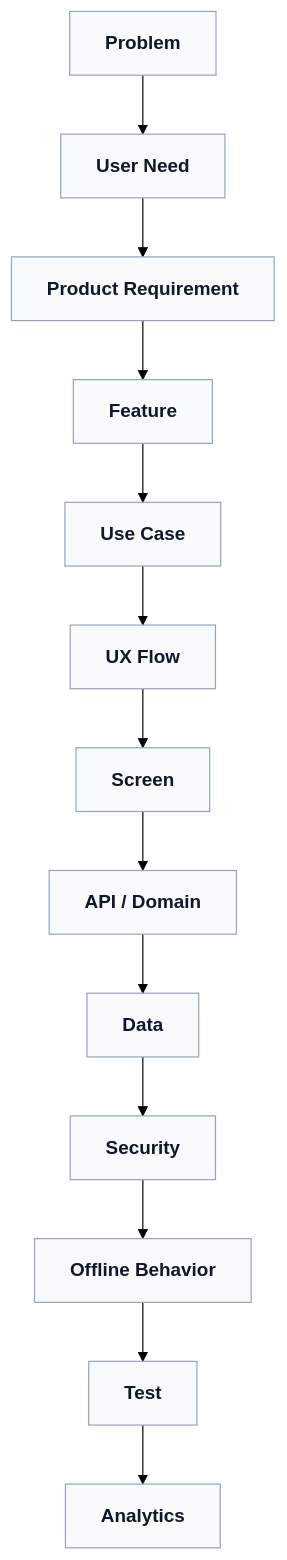
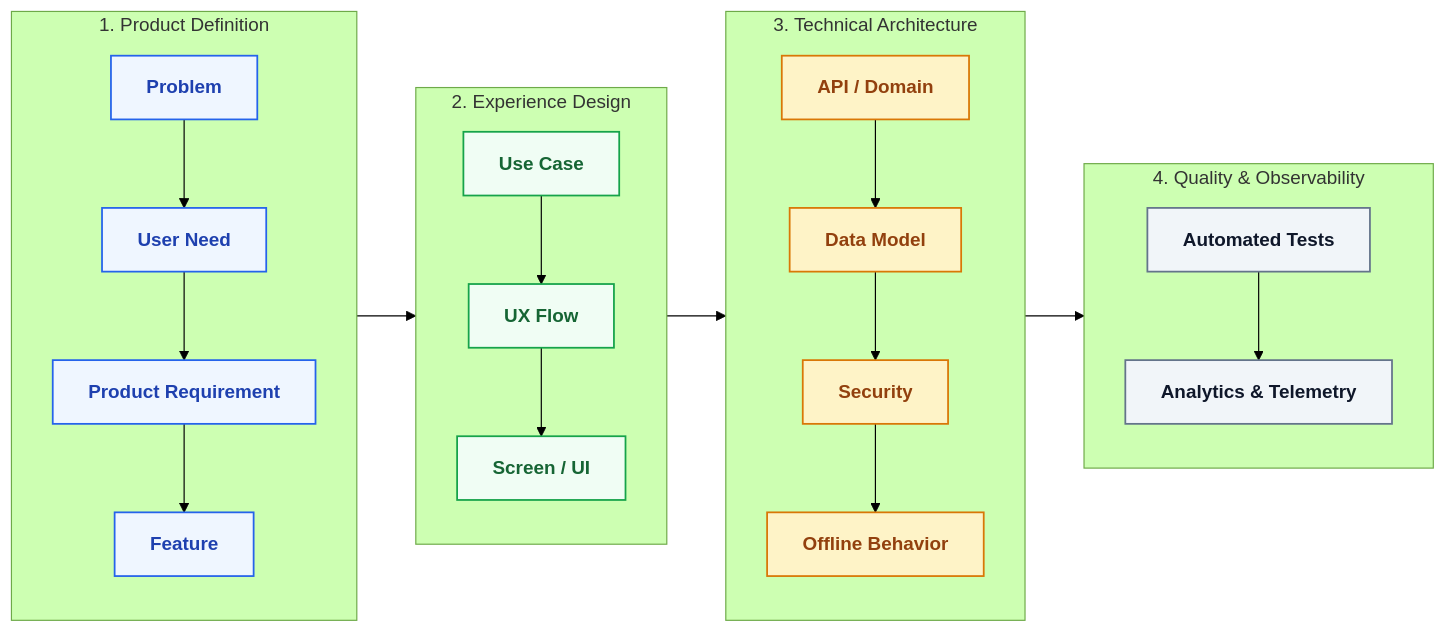
The fourth of 5 diagrams in docs/product/03-Product-Requirements.md (davidalbertstark-lab/Lenar), drawn with Mermaid (forest theme) before and after one commit. The commit also changed other lines of this file and 28 other files, not shown here.

Commit message:
docs: system-wide diagram redesign for first-instance comprehension

````diff
--- a/docs/product/03-Product-Requirements.md
+++ b/docs/product/03-Product-Requirements.md
@@ -196,33 +228,44 @@
 ```mermaid
-flowchart TD
-    classDef step fill:#f8fafc,stroke:#94a3b8,stroke-width:1px,color:#0f172a,font-weight:bold
+flowchart LR
+    classDef phase1 fill:#eff6ff,stroke:#2563eb,stroke-width:1.5px,color:#1e40af,font-weight:bold
+    classDef phase2 fill:#f0fdf4,stroke:#16a34a,stroke-width:1.5px,color:#166534,font-weight:bold
+    classDef phase3 fill:#fef3c7,stroke:#d97706,stroke-width:1.5px,color:#92400e,font-weight:bold
+    classDef phase4 fill:#f1f5f9,stroke:#64748b,stroke-width:1.5px,color:#0f172a,font-weight:bold
 
-    P[Problem]
-    UN[User Need]
-    PR[Product Requirement]
-    F[Feature]
-    UC[Use Case]
-    UX[UX Flow]
-    S[Screen]
-    API[API / Domain]
-    D[Data]
-    Sec[Security]
-    OB[Offline Behavior]
-    T[Test]
-    A[Analytics]
-    
-    P --> UN
-    UN --> PR
-    PR --> F
+    subgraph P1 ["1. Product Definition"]
+        direction TB
+        P["Problem"]:::phase1
+        UN["User Need"]:::phase1
+        PR["Product Requirement"]:::phase1
+        F["Feature"]:::phase1
+        P --> UN --> PR --> F
+    end
+
+    subgraph P2 ["2. Experience Design"]
+        direction TB
+        UC["Use Case"]:::phase2
+        UX["UX Flow"]:::phase2
+        S["Screen / UI"]:::phase2
+        UC --> UX --> S
+    end
+
+    subgraph P3 ["3. Technical Architecture"]
+        direction TB
+        API["API / Domain"]:::phase3
+        D["Data Model"]:::phase3
+        Sec["Security"]:::phase3
+        OB["Offline Behavior"]:::phase3
+        API --> D --> Sec --> OB
+    end
+
+    subgraph P4 ["4. Quality & Observability"]
+        direction TB
+        T["Automated Tests"]:::phase4
+        A["Analytics & Telemetry"]:::phase4
+        T --> A
+    end
+
     F --> UC
-    UC --> UX
-    UX --> S
     S --> API
-    API --> D
-    D --> Sec
-    Sec --> OB
     OB --> T
-    T --> A
-    
-    class P,UN,PR,F,UC,UX,S,API,D,Sec,OB,T,A step;
 ```
````
